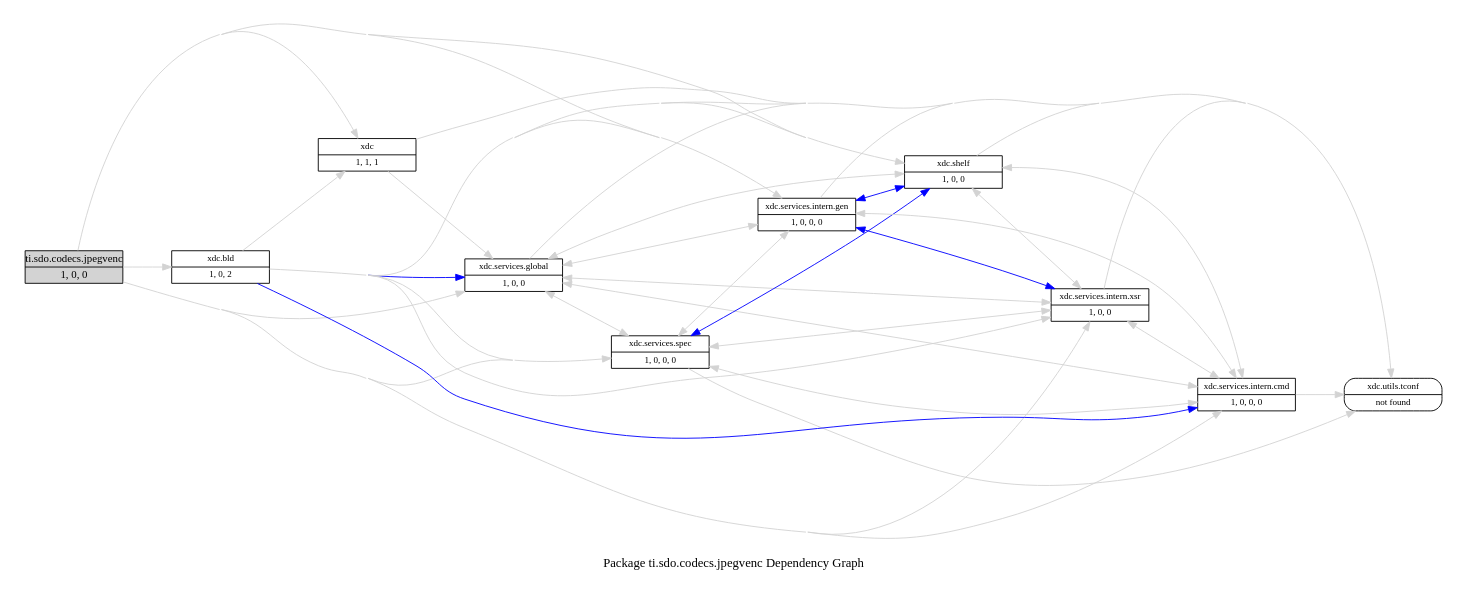
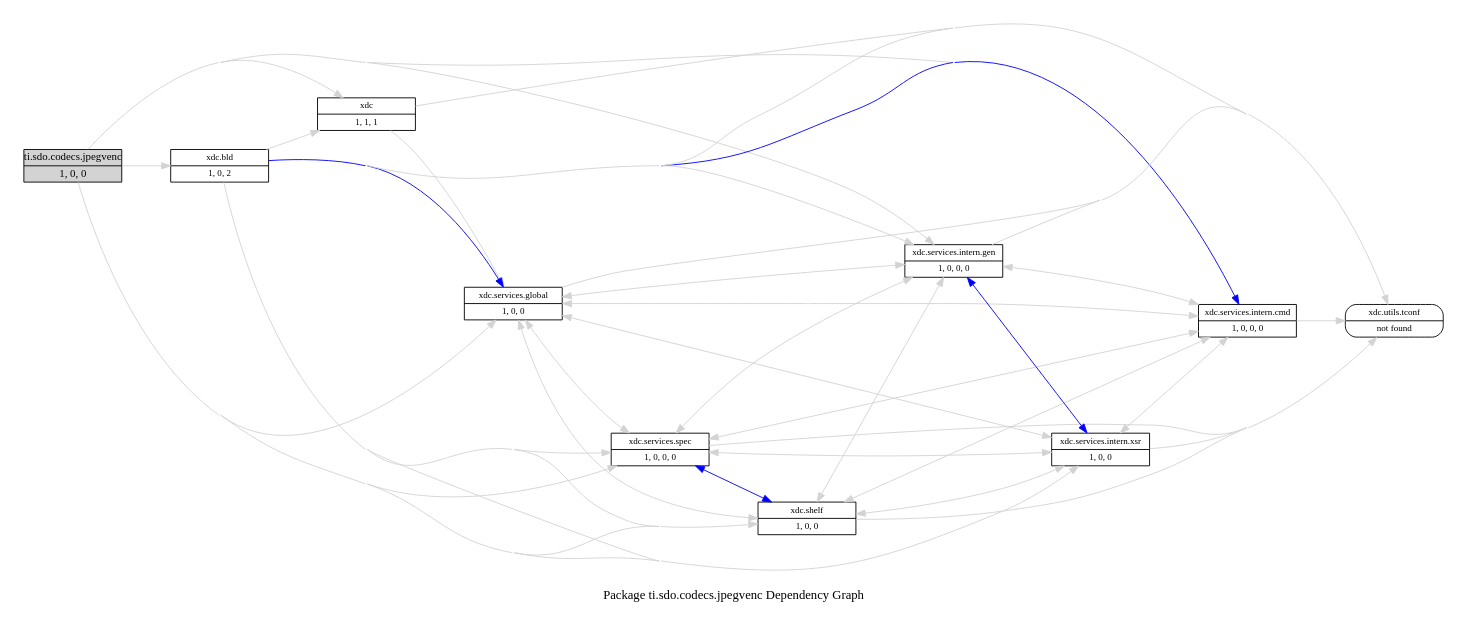
One commit to liyaoshi/ipumm changed the diagram in extrel/ti/ivahd_codecs/packages/ti/sdo/codecs/jpegvenc/package/package.rel.dot. Above: the diagram before and after it, drawn with Graphviz. The commit also changed 28 other files, not shown here.

```diff
--- a/extrel/ti/ivahd_codecs/packages/ti/sdo/codecs/jpegvenc/package/package.rel.dot
+++ b/extrel/ti/ivahd_codecs/packages/ti/sdo/codecs/jpegvenc/package/package.rel.dot
@@ -1,126 +1,126 @@
 digraph dependencies {
     label="\nPackage ti.sdo.codecs.jpegvenc Dependency Graph";
     size="7.5,10";
     rankdir=LR;
     ranksep=".75";
     concentrate="true";
     node [fixedsize=true, width=1.5, style=filled, color=black];
     node [font=Helvetica, fontsize=12, fillcolor=lightgrey];
     ti_sdo_codecs_jpegvenc [shape=record,label="ti.sdo.codecs.jpegvenc|1, 0, 0", URL="package.rel.xml"];
     node [fontsize=10, fillcolor=white];
 
     edge [style=solid, color=blue]
 
     edge [style=solid, color=lightgrey]
-    xdc_services_global [shape=record,label="xdc.services.global|1, 0, 0", URL="../G:\TI_Tools\xdctools_3_20_04_68\packages\xdc\services\global\package/package.rel.svg"];
+    xdc [shape=record,label="xdc|1, 1, 1", URL="../E:\ccs4_install\xdctools_3_20_01_42_eng\packages\xdc\package/package.rel.svg"];
+    ti_sdo_codecs_jpegvenc -> xdc;
+    xdc_services_global [shape=record,label="xdc.services.global|1, 0, 0", URL="../E:\ccs4_install\xdctools_3_20_01_42_eng\packages\xdc\services\global\package/package.rel.svg"];
     ti_sdo_codecs_jpegvenc -> xdc_services_global;
-    xdc_services_spec [shape=record,label="xdc.services.spec|1, 0, 0, 0", URL="../G:\TI_Tools\xdctools_3_20_04_68\packages\xdc\services\spec\package/package.rel.svg"];
+    xdc_services_spec [shape=record,label="xdc.services.spec|1, 0, 0, 0", URL="../E:\ccs4_install\xdctools_3_20_01_42_eng\packages\xdc\services\spec\package/package.rel.svg"];
     ti_sdo_codecs_jpegvenc -> xdc_services_spec;
-    xdc_services_intern_gen [shape=record,label="xdc.services.intern.gen|1, 0, 0, 0", URL="../G:\TI_Tools\xdctools_3_20_04_68\packages\xdc\services\intern\gen\package/package.rel.svg"];
+    xdc_shelf [shape=record,label="xdc.shelf|1, 0, 0", URL="../E:\ccs4_install\xdctools_3_20_01_42_eng\packages\xdc\shelf\package/package.rel.svg"];
+    ti_sdo_codecs_jpegvenc -> xdc_shelf;
+    xdc_services_intern_cmd [shape=record,label="xdc.services.intern.cmd|1, 0, 0, 0", URL="../E:\ccs4_install\xdctools_3_20_01_42_eng\packages\xdc\services\intern\cmd\package/package.rel.svg"];
+    ti_sdo_codecs_jpegvenc -> xdc_services_intern_cmd;
+    xdc_services_intern_xsr [shape=record,label="xdc.services.intern.xsr|1, 0, 0", URL="../E:\ccs4_install\xdctools_3_20_01_42_eng\packages\xdc\services\intern\xsr\package/package.rel.svg"];
+    ti_sdo_codecs_jpegvenc -> xdc_services_intern_xsr;
+    xdc_bld [shape=record,label="xdc.bld|1, 0, 2", URL="../E:\ccs4_install\xdctools_3_20_01_42_eng\packages\xdc\bld\package/package.rel.svg"];
+    ti_sdo_codecs_jpegvenc -> xdc_bld;
+    xdc_services_intern_gen [shape=record,label="xdc.services.intern.gen|1, 0, 0, 0", URL="../E:\ccs4_install\xdctools_3_20_01_42_eng\packages\xdc\services\intern\gen\package/package.rel.svg"];
     ti_sdo_codecs_jpegvenc -> xdc_services_intern_gen;
-    xdc [shape=record,label="xdc|1, 1, 1", URL="../G:\TI_Tools\xdctools_3_20_04_68\packages\xdc\package/package.rel.svg"];
-    ti_sdo_codecs_jpegvenc -> xdc;
-    xdc_bld [shape=record,label="xdc.bld|1, 0, 2", URL="../G:\TI_Tools\xdctools_3_20_04_68\packages\xdc\bld\package/package.rel.svg"];
-    ti_sdo_codecs_jpegvenc -> xdc_bld;
-    xdc_services_intern_cmd [shape=record,label="xdc.services.intern.cmd|1, 0, 0, 0", URL="../G:\TI_Tools\xdctools_3_20_04_68\packages\xdc\services\intern\cmd\package/package.rel.svg"];
-    ti_sdo_codecs_jpegvenc -> xdc_services_intern_cmd;
-    xdc_services_intern_xsr [shape=record,label="xdc.services.intern.xsr|1, 0, 0", URL="../G:\TI_Tools\xdctools_3_20_04_68\packages\xdc\services\intern\xsr\package/package.rel.svg"];
-    ti_sdo_codecs_jpegvenc -> xdc_services_intern_xsr;
-    xdc_shelf [shape=record,label="xdc.shelf|1, 0, 0", URL="../G:\TI_Tools\xdctools_3_20_04_68\packages\xdc\shelf\package/package.rel.svg"];
-    ti_sdo_codecs_jpegvenc -> xdc_shelf;
 
     edge [style=solid, color=blue]
+    xdc_services_intern_gen -> xdc_shelf;
+    xdc_services_intern_gen -> xdc_services_spec;
+    xdc_services_intern_gen -> xdc_services_global;
+    xdc_services_intern_gen -> xdc_services_intern_xsr;
 
     edge [style=solid, color=lightgrey]
-    xdc_shelf -> xdc_services_spec;
-    xdc_shelf -> xdc_services_intern_cmd;
+    xdc_services_intern_gen -> xdc_shelf;
+    xdc_services_intern_gen -> xdc_services_spec;
     xdc_utils_tconf [shape=record,label="xdc.utils.tconf|not found"style=rounded, ];
-    xdc_shelf -> xdc_utils_tconf;
-    xdc_shelf -> xdc_services_intern_xsr;
-    xdc_shelf -> xdc_services_intern_gen;
-    xdc_shelf -> xdc_services_global;
+    xdc_services_intern_gen -> xdc_utils_tconf;
+    xdc_services_intern_gen -> xdc_services_global;
+    xdc_services_intern_gen -> xdc_services_intern_cmd;
+    xdc_services_intern_gen -> xdc_services_intern_xsr;
 
     edge [style=solid, color=blue]
 
     edge [style=solid, color=lightgrey]
 
     edge [style=solid, color=blue]
+    xdc_bld -> xdc_services_global;
+    xdc_bld -> xdc_services_intern_cmd;
+
+    edge [style=solid, color=lightgrey]
+    xdc_bld -> xdc_shelf;
+    xdc_bld -> xdc_services_spec;
+    xdc_bld -> xdc_utils_tconf;
+    xdc_bld -> xdc_services_global;
+    xdc_bld -> xdc;
+    xdc_bld -> xdc_services_intern_cmd;
+    xdc_bld -> xdc_services_intern_xsr;
+    xdc_bld -> xdc_services_intern_gen;
+
+    edge [style=solid, color=blue]
     xdc_services_intern_xsr -> xdc_services_global;
 
     edge [style=solid, color=lightgrey]
+    xdc_services_intern_xsr -> xdc_shelf;
     xdc_services_intern_xsr -> xdc_services_spec;
+    xdc_services_intern_xsr -> xdc_utils_tconf;
+    xdc_services_intern_xsr -> xdc_services_global;
     xdc_services_intern_xsr -> xdc_services_intern_cmd;
-    xdc_services_intern_xsr -> xdc_utils_tconf;
-    xdc_services_intern_xsr -> xdc_shelf;
     xdc_services_intern_xsr -> xdc_services_intern_gen;
-    xdc_services_intern_xsr -> xdc_services_global;
 
     edge [style=solid, color=blue]
     xdc_services_intern_cmd -> xdc_shelf;
     xdc_services_intern_cmd -> xdc_services_spec;
     xdc_services_intern_cmd -> xdc_services_global;
     xdc_services_intern_cmd -> xdc_services_intern_gen;
 
     edge [style=solid, color=lightgrey]
+    xdc_services_intern_cmd -> xdc_shelf;
     xdc_services_intern_cmd -> xdc_services_spec;
     xdc_services_intern_cmd -> xdc_utils_tconf;
+    xdc_services_intern_cmd -> xdc_services_global;
     xdc_services_intern_cmd -> xdc_services_intern_xsr;
-    xdc_services_intern_cmd -> xdc_shelf;
     xdc_services_intern_cmd -> xdc_services_intern_gen;
-    xdc_services_intern_cmd -> xdc_services_global;
 
     edge [style=solid, color=blue]
-    xdc_bld -> xdc_services_global;
-    xdc_bld -> xdc_services_intern_cmd;
 
     edge [style=solid, color=lightgrey]
-    xdc_bld -> xdc_services_spec;
-    xdc_bld -> xdc_services_intern_cmd;
-    xdc_bld -> xdc_utils_tconf;
-    xdc_bld -> xdc;
-    xdc_bld -> xdc_services_intern_xsr;
-    xdc_bld -> xdc_shelf;
-    xdc_bld -> xdc_services_intern_gen;
-    xdc_bld -> xdc_services_global;
+    xdc_shelf -> xdc_services_spec;
+    xdc_shelf -> xdc_utils_tconf;
+    xdc_shelf -> xdc_services_global;
+    xdc_shelf -> xdc_services_intern_cmd;
+    xdc_shelf -> xdc_services_intern_xsr;
+    xdc_shelf -> xdc_services_intern_gen;
+
+    edge [style=solid, color=blue]
+    xdc_services_spec -> xdc_shelf;
+
+    edge [style=solid, color=lightgrey]
+    xdc_services_spec -> xdc_shelf;
+    xdc_services_spec -> xdc_utils_tconf;
+    xdc_services_spec -> xdc_services_global;
+    xdc_services_spec -> xdc_services_intern_cmd;
+    xdc_services_spec -> xdc_services_intern_xsr;
+    xdc_services_spec -> xdc_services_intern_gen;
+
+    edge [style=solid, color=blue]
+
+    edge [style=solid, color=lightgrey]
+    xdc_services_global -> xdc_shelf;
+    xdc_services_global -> xdc_services_spec;
+    xdc_services_global -> xdc_utils_tconf;
+    xdc_services_global -> xdc_services_intern_cmd;
+    xdc_services_global -> xdc_services_intern_xsr;
+    xdc_services_global -> xdc_services_intern_gen;
 
     edge [style=solid, color=blue]
 
     edge [style=solid, color=lightgrey]
     xdc -> xdc_services_global;
     xdc -> xdc_utils_tconf;
-
-    edge [style=solid, color=blue]
-    xdc_services_intern_gen -> xdc_shelf;
-    xdc_services_intern_gen -> xdc_services_spec;
-    xdc_services_intern_gen -> xdc_services_global;
-    xdc_services_intern_gen -> xdc_services_intern_xsr;
-
-    edge [style=solid, color=lightgrey]
-    xdc_services_intern_gen -> xdc_services_spec;
-    xdc_services_intern_gen -> xdc_services_intern_cmd;
-    xdc_services_intern_gen -> xdc_utils_tconf;
-    xdc_services_intern_gen -> xdc_services_intern_xsr;
-    xdc_services_intern_gen -> xdc_shelf;
-    xdc_services_intern_gen -> xdc_services_global;
-
-    edge [style=solid, color=blue]
-    xdc_services_spec -> xdc_shelf;
-
-    edge [style=solid, color=lightgrey]
-    xdc_services_spec -> xdc_services_intern_cmd;
-    xdc_services_spec -> xdc_utils_tconf;
-    xdc_services_spec -> xdc_services_intern_xsr;
-    xdc_services_spec -> xdc_shelf;
-    xdc_services_spec -> xdc_services_intern_gen;
-    xdc_services_spec -> xdc_services_global;
-
-    edge [style=solid, color=blue]
-
-    edge [style=solid, color=lightgrey]
-    xdc_services_global -> xdc_services_spec;
-    xdc_services_global -> xdc_services_intern_cmd;
-    xdc_services_global -> xdc_utils_tconf;
-    xdc_services_global -> xdc_services_intern_xsr;
-    xdc_services_global -> xdc_shelf;
-    xdc_services_global -> xdc_services_intern_gen;
 }
```
